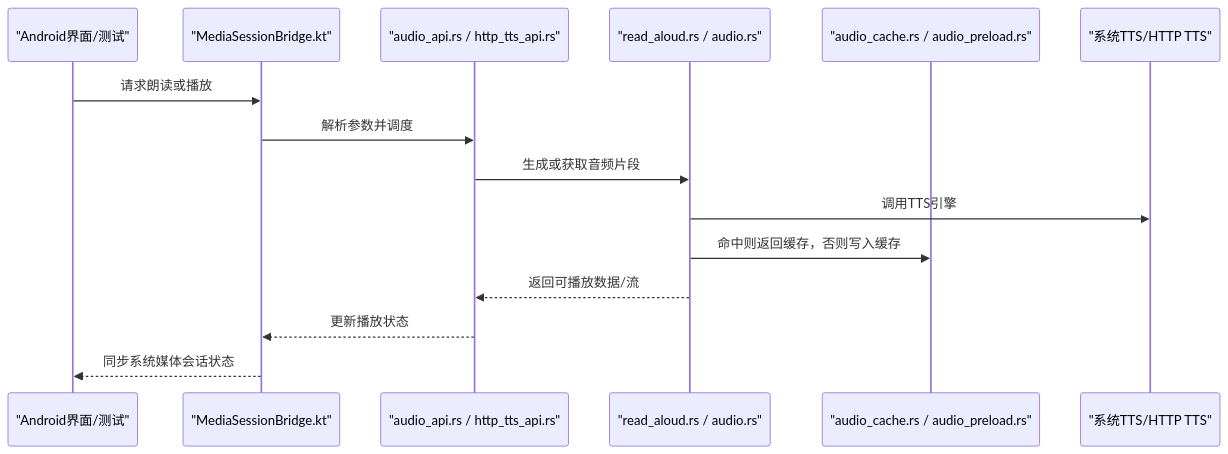
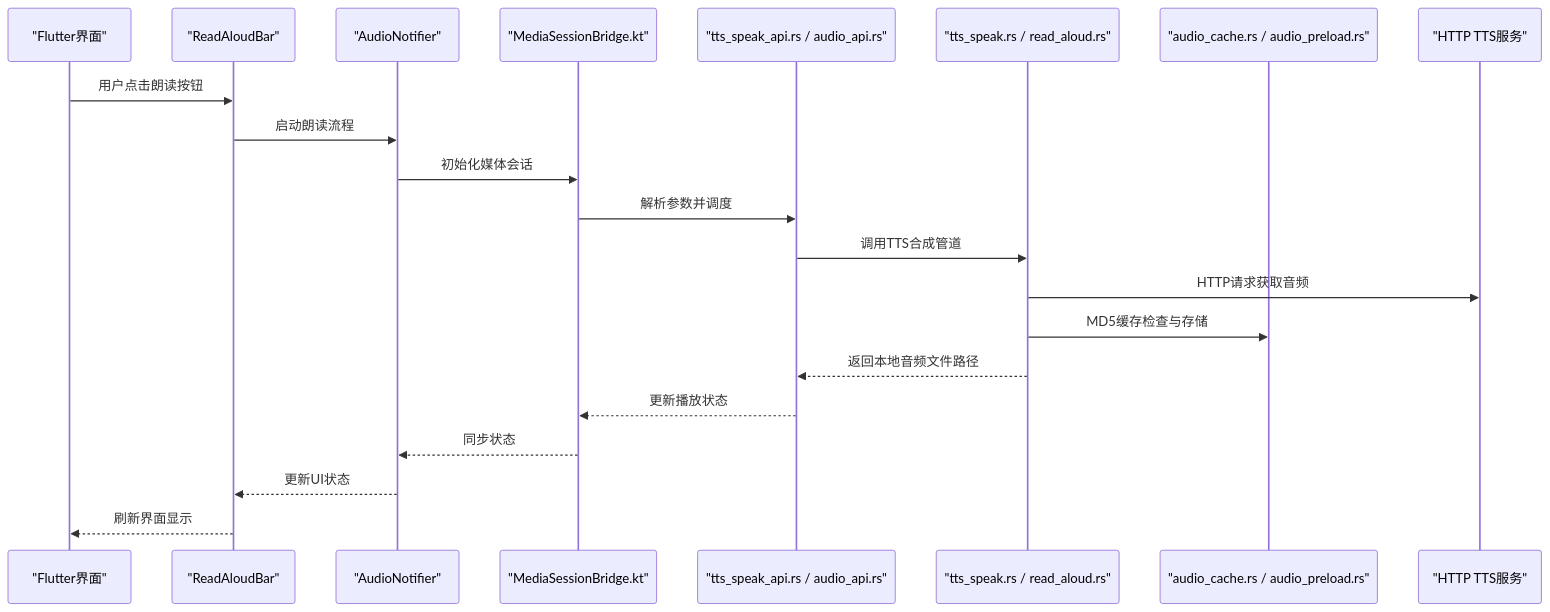
The second of 7 diagrams in .qoder/repowiki/zh/content/音频功能/音频功能.md (ZhangGHGitHub/LegadoTeamFlutter), drawn with Mermaid before and after one commit. The commit also changed other lines of this file and 173 other files, not shown here.

````diff
--- a/.qoder/repowiki/zh/content/音频功能/音频功能.md
+++ b/.qoder/repowiki/zh/content/音频功能/音频功能.md
@@ -121,17 +178,23 @@
 ```mermaid
 sequenceDiagram
-participant UI as "Android界面/测试"
+participant UI as "Flutter界面"
+participant Bar as "ReadAloudBar"
+participant Notifier as "AudioNotifier"
 participant Session as "MediaSessionBridge.kt"
-participant FFI as "audio_api.rs / http_tts_api.rs"
-participant Core as "read_aloud.rs / audio.rs"
+participant FFI as "tts_speak_api.rs / audio_api.rs"
+participant Core as "tts_speak.rs / read_aloud.rs"
 participant Cache as "audio_cache.rs / audio_preload.rs"
-participant Engine as "系统TTS/HTTP TTS"
-UI->>Session : 请求朗读或播放
+participant Engine as "HTTP TTS服务"
+UI->>Bar : 用户点击朗读按钮
+Bar->>Notifier : 启动朗读流程
+Notifier->>Session : 初始化媒体会话
 Session->>FFI : 解析参数并调度
-FFI->>Core : 生成或获取音频片段
-Core->>Engine : 调用TTS引擎
-Core->>Cache : 命中则返回缓存，否则写入缓存
-Core-->>FFI : 返回可播放数据/流
+FFI->>Core : 调用TTS合成管道
+Core->>Engine : HTTP请求获取音频
+Core->>Cache : MD5缓存检查与存储
+Core-->>FFI : 返回本地音频文件路径
 FFI-->>Session : 更新播放状态
-Session-->>UI : 同步系统媒体会话状态
+Session-->>Notifier : 同步状态
+Notifier-->>Bar : 更新UI状态
+Bar-->>UI : 刷新界面显示
 ```
````
